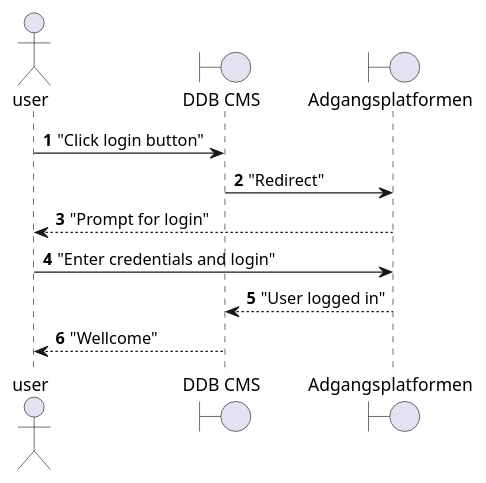
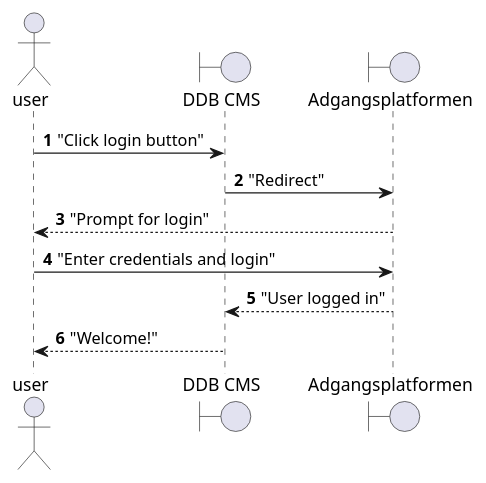
One commit to rolfmadsen/plantuml changed the diagram in docs/ddbcms/login/DDB-CMS_login.pu. Above: the diagram before and after it, drawn with PlantUML.

```diff
--- a/docs/ddbcms/login/DDB-CMS_login.pu
+++ b/docs/ddbcms/login/DDB-CMS_login.pu
@@ -1,14 +1,14 @@
 @startuml
 autonumber
 
 actor user
 boundary "DDB CMS" as cms
 boundary "Adgangsplatformen" as login
 
 user -> cms : "Click login button"
 cms -> login : "Redirect"
 login --> user : "Prompt for login"
 user -> login : "Enter credentials and login"
 login --> cms : "User logged in"
-cms --> user : "Wellcome"
+cms --> user : "Welcome!"
 @enduml
```
